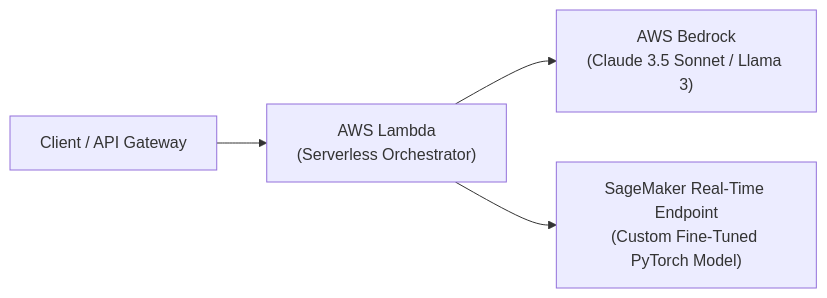
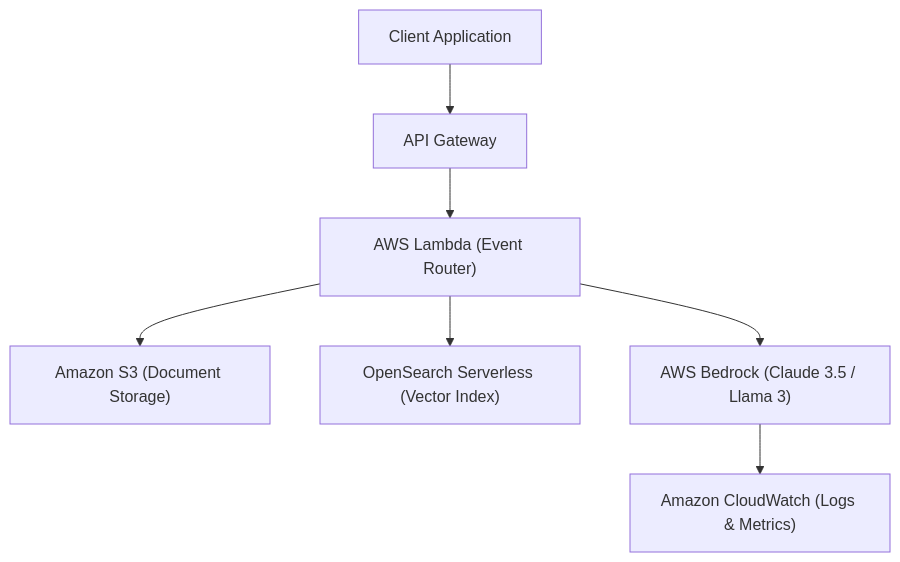
The diagram in docs/07-cloud-ai-fine-tuning/01-generative-ai-on-aws-krishnaik/02-important-playlist-to-cover-for-learning.md (DeshDeepakKant/ai-engineering-docs), drawn with Mermaid before and after one commit. The commit also changed other lines of this file and 182 other files, not shown here.

````diff
--- a/docs/07-cloud-ai-fine-tuning/01-generative-ai-on-aws-krishnaik/02-important-playlist-to-cover-for-learning.md
+++ b/docs/07-cloud-ai-fine-tuning/01-generative-ai-on-aws-krishnaik/02-important-playlist-to-cover-for-learning.md
@@ -35,6 +36,9 @@
 ```mermaid
-flowchart LR
-    Client["Client / API Gateway"] --> Lambda["AWS Lambda\n(Serverless Orchestrator)"]
-    Lambda --> Bedrock["AWS Bedrock\n(Claude 3.5 Sonnet / Llama 3)"]
-    Lambda --> SageMaker["SageMaker Real-Time Endpoint\n(Custom Fine-Tuned PyTorch Model)"]
+flowchart TD
+    User["Client Application"] --> APIGW["API Gateway"]
+    APIGW --> Lambda["AWS Lambda (Event Router)"]
+    Lambda --> S3["Amazon S3 (Document Storage)"]
+    Lambda --> AOSS["OpenSearch Serverless (Vector Index)"]
+    Lambda --> Bedrock["AWS Bedrock (Claude 3.5 / Llama 3)"]
+    Bedrock --> CW["Amazon CloudWatch (Logs & Metrics)"]
 ```
````
